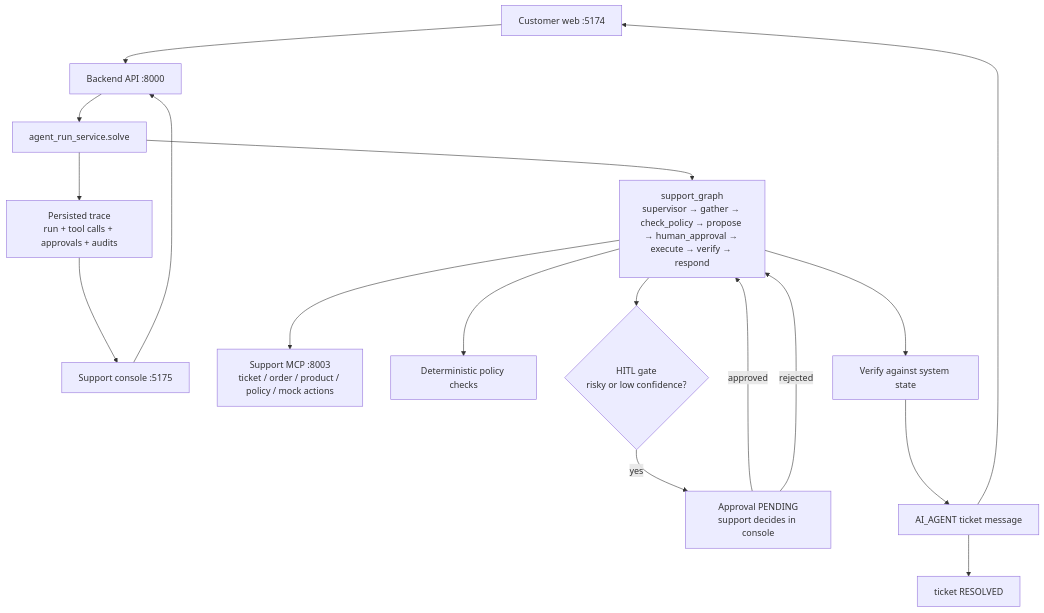
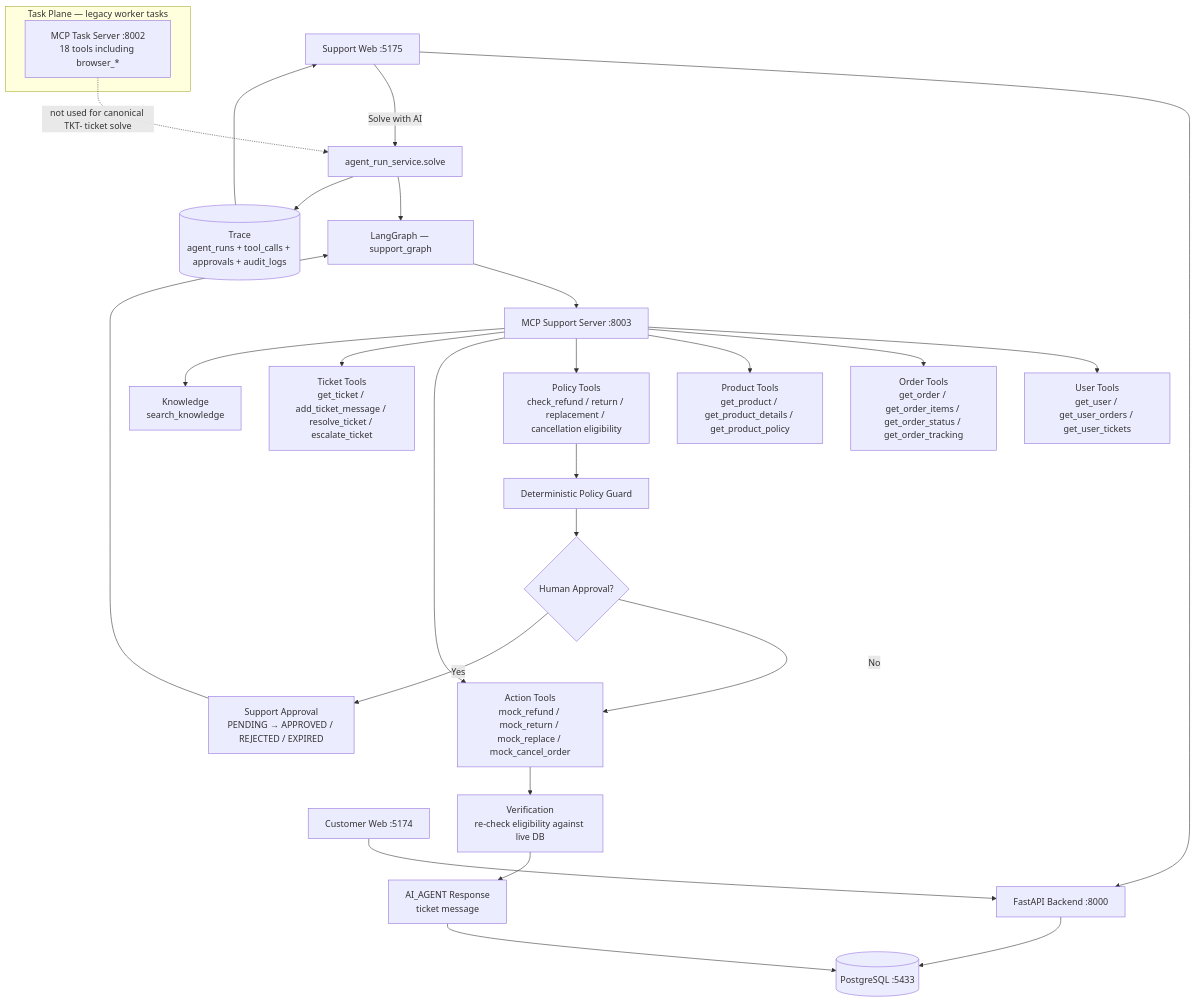
One commit to bkk07/northstar-worker changed the first of 4 diagrams in README.md. Above: the diagram before and after it, drawn with Mermaid. The commit also changed other lines of this file and 9 other files, not shown here.

````diff
--- a/README.md
+++ b/README.md
@@ -49,19 +88,31 @@
 ```mermaid
-flowchart TB
-    CUST[Customer web :5174] --> API[Backend API :8000]
-    SUP[Support console :5175] --> API
-    API --> SVC[agent_run_service.solve]
-    SVC --> GRAPH[support_graph\nsupervisor → gather → check_policy → propose → human_approval → execute → verify → respond]
-    GRAPH --> MCP[Support MCP :8003\nticket / order / product / policy / mock actions]
-    GRAPH --> POL[Deterministic policy checks]
-    GRAPH --> HITL{HITL gate\nrisky or low confidence?}
-    HITL -->|yes| APP[Approval PENDING\nsupport decides in console]
-    APP -->|approved| GRAPH
-    APP -->|rejected| GRAPH
-    GRAPH --> VER[Verify against system state]
-    VER --> MSG[AI_AGENT ticket message]
-    MSG --> RES[ticket RESOLVED]
-    MSG --> CUST
-    SVC --> TRACE[Persisted trace\nrun + tool calls + approvals + audits]
-    TRACE --> SUP
+flowchart TD
+    C[Customer Web :5174] --> API[FastAPI Backend :8000]
+    S[Support Web :5175] --> API
+    API --> DB[(PostgreSQL :5433)]
+    S -->|Solve with AI| AG[agent_run_service.solve]
+    AG --> LG[LangGraph — support_graph]
+    LG --> MCP[MCP Support Server :8003]
+    MCP --> U[User Tools\nget_user / get_user_orders / get_user_tickets]
+    MCP --> O[Order Tools\nget_order / get_order_items / get_order_status / get_order_tracking]
+    MCP --> P[Product Tools\nget_product / get_product_details / get_product_policy]
+    MCP --> POL[Policy Tools\ncheck_refund / return / replacement / cancellation eligibility]
+    MCP --> A[Action Tools\nmock_refund / mock_return / mock_replace / mock_cancel_order]
+    MCP --> T[Ticket Tools\nget_ticket / add_ticket_message / resolve_ticket / escalate_ticket]
+    MCP --> K[Knowledge\nsearch_knowledge]
+    POL --> G[Deterministic Policy Guard]
+    G --> H{Human Approval?}
+    H -->|No| A
+    H -->|Yes| HITL[Support Approval\nPENDING → APPROVED / REJECTED / EXPIRED]
+    HITL --> LG
+    A --> V[Verification\nre-check eligibility against live DB]
+    V --> R[AI_AGENT Response\nticket message]
+    R --> DB
+    AG --> TRACE[(Trace\nagent_runs + tool_calls + approvals + audit_logs)]
+    TRACE --> S
+
+    subgraph TaskPlane [Task Plane — legacy worker tasks]
+        MCP2[MCP Task Server :8002\n18 tools including browser_*]
+    end
+    MCP2 -.->|not used for canonical TKT- ticket solve| AG
 ```
````
